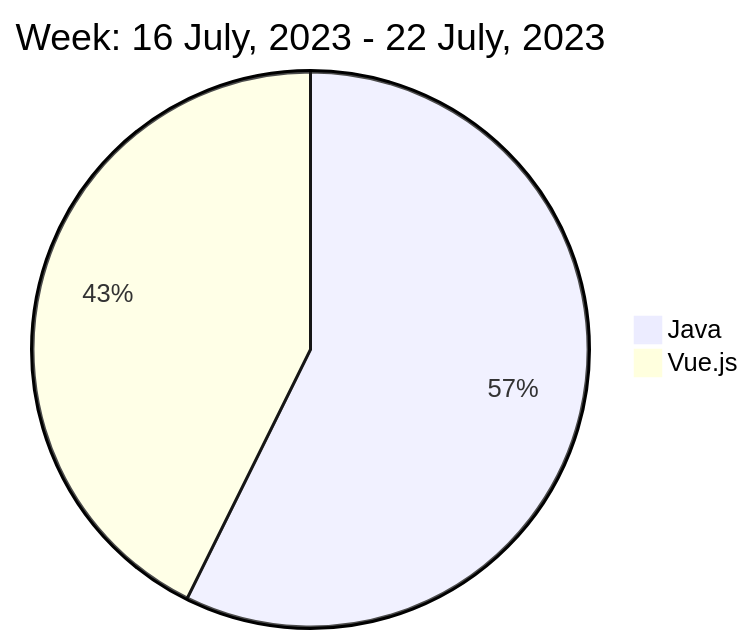
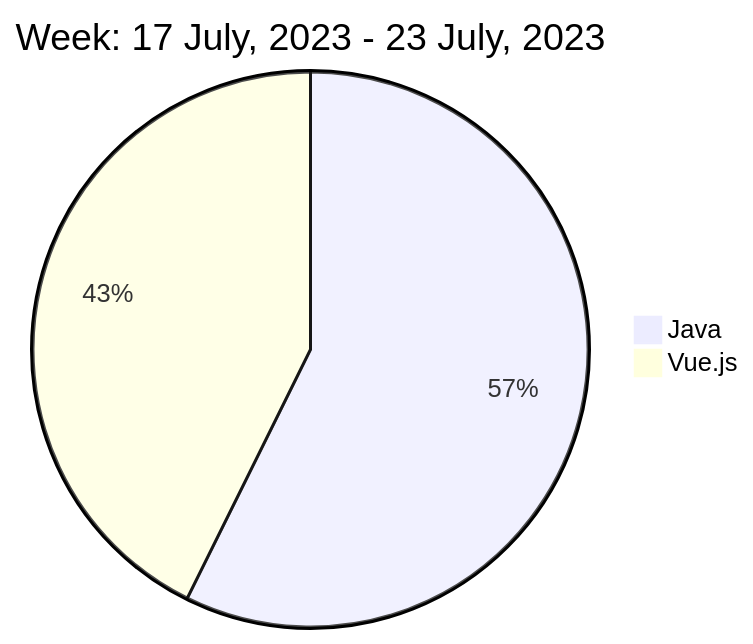
The diagram in README.md (liubin95/liubin95), drawn with Mermaid before and after one commit.

Commit message:
Updated the Graph with new Metrics

````diff
--- a/README.md
+++ b/README.md
@@ -40,6 +40,6 @@
 ```mermaid
  pie
-title Week: 16 July, 2023 - 22 July, 2023
+title Week: 17 July, 2023 - 23 July, 2023
  "Java" : 5.48
  "Vue.js" : 4.08
 ```
````
